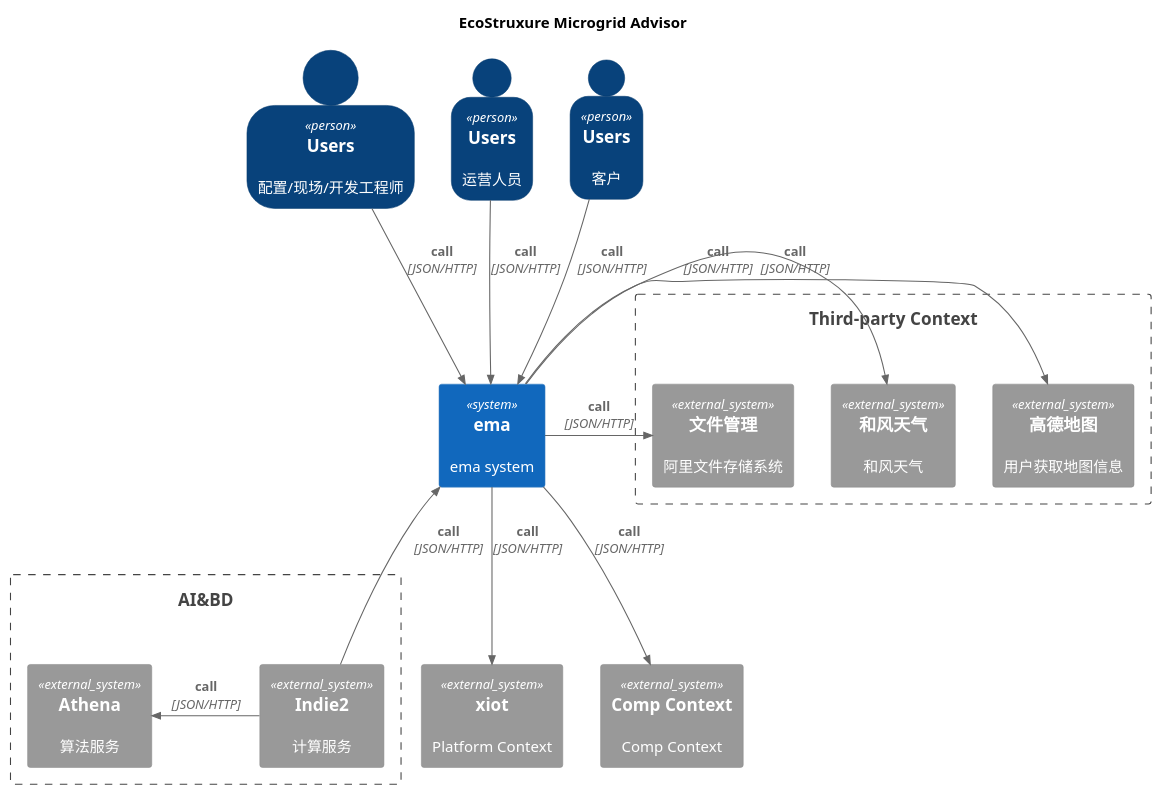
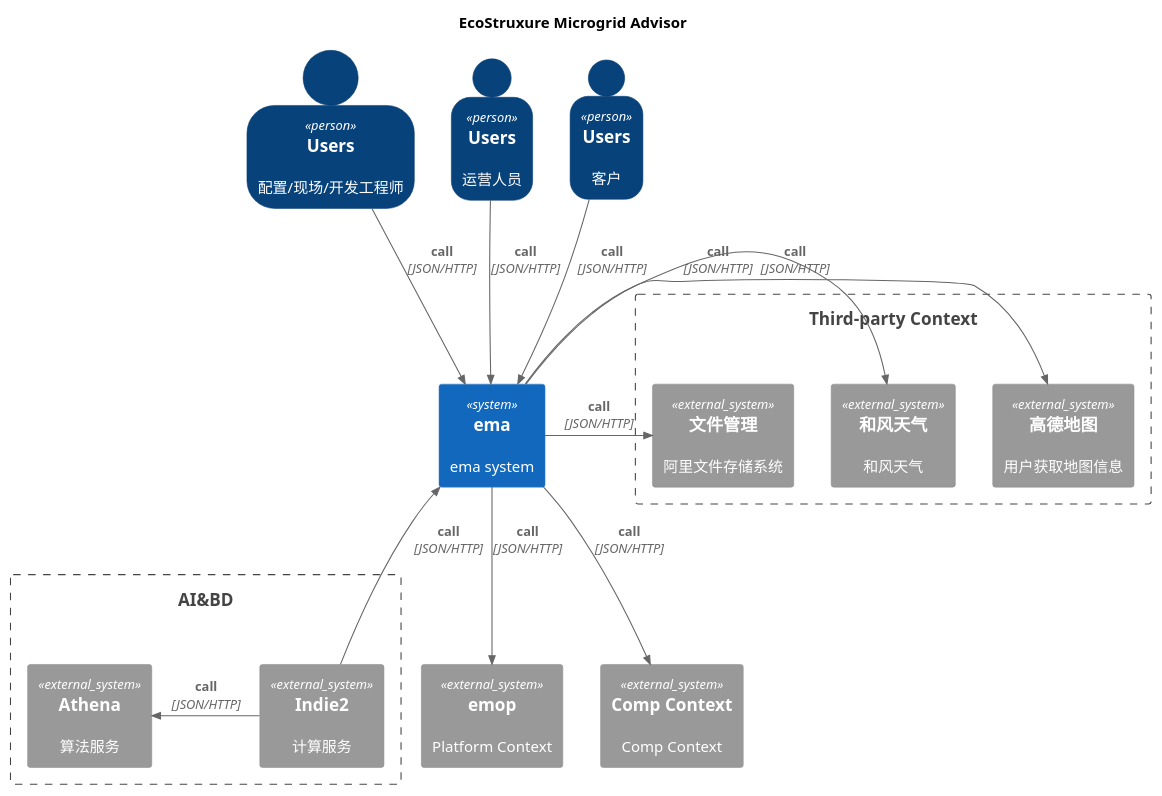
Before and after one commit to 0shuibo/C4-UML: the diagram in c4-ema/ema_system.puml, drawn with PlantUML. The commit also changed 2 other files, not shown here.

Commit message:
提交C4图

```diff
--- a/c4-ema/ema_system.puml
+++ b/c4-ema/ema_system.puml
@@ -1,54 +1,54 @@
 @startuml energy_hub_system
 !include ../C4_Context.puml
 
 LAYOUT_TOP_DOWN()
 SHOW_PERSON_OUTLINE()
 
 title EcoStruxure Microgrid Advisor
 
 Person(customer1, Users, "配置/现场/开发工程师")
 Person(customer2, Users, "运营人员")
 Person(customer3, Users, "客户")
 
 
 System(ema, "ema", "ema system")
 
 
-System_Ext(xiot, "xiot", "Platform Context")
+System_Ext(xiot, "emop", "Platform Context")
 
 System_Ext(compSystem, "Comp Context", "Comp Context")
 
 
 Boundary(AI&BD, "AI&BD") {
      System_Ext(athena, "Athena", "算法服务")
      System_Ext(indie2, "Indie2", "计算服务")
 }
 
 
 Boundary(thirdPartySystem, "Third-party Context") {
     System_Ext(gis, "高德地图", "用户获取地图信息")
     System_Ext(oss, "文件管理", "阿里文件存储系统")
     System_Ext(geo, "和风天气", "和风天气")
 }
 
 Rel_D(customer1,ema,"call", "JSON/HTTP")
 Rel_D(customer2,ema,"call", "JSON/HTTP")
 Rel_D(customer3,ema,"call", "JSON/HTTP")
 
 
 Rel_R(ema,gis,"call", "JSON/HTTP")
 Rel_R(ema,geo,"call", "JSON/HTTP")
 Rel_R(ema,oss,"call", "JSON/HTTP")
 
 Rel_U(indie2,ema,"call", "JSON/HTTP")
 Rel_L(indie2,athena,"call", "JSON/HTTP")
 Rel_D(ema,compSystem,"call", "JSON/HTTP")
 
 
 
 
 
 
 Rel_D(ema,xiot,"call", "JSON/HTTP")
 
 @enduml
```
